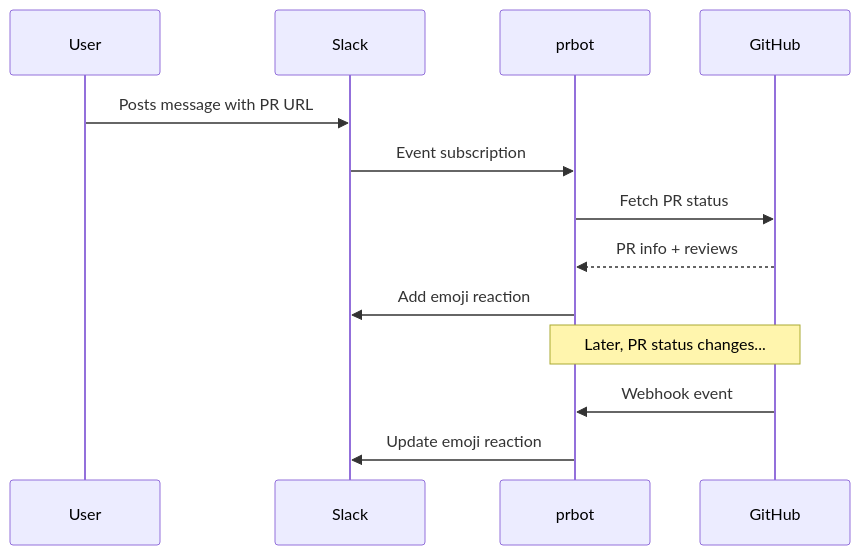
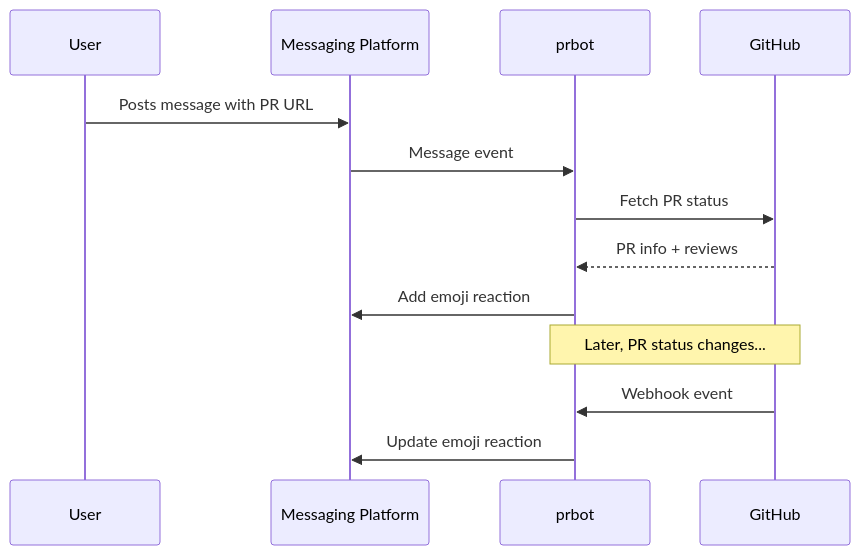
Before and after one commit to Userled-Ryan/Customerbot: the diagram in docs/index.md, drawn with Mermaid. The commit also changed other lines of this file and 5 other files, not shown here.

````diff
--- a/docs/index.md
+++ b/docs/index.md
@@ -7,18 +7,18 @@
 ```mermaid
 sequenceDiagram
     participant User
-    participant Slack
+    participant Chat as Messaging Platform
     participant prbot
     participant GitHub
 
-    User->>Slack: Posts message with PR URL
-    Slack->>prbot: Event subscription
+    User->>Chat: Posts message with PR URL
+    Chat->>prbot: Message event
     prbot->>GitHub: Fetch PR status
     GitHub-->>prbot: PR info + reviews
-    prbot->>Slack: Add emoji reaction
+    prbot->>Chat: Add emoji reaction
 
     Note over GitHub,prbot: Later, PR status changes...
 
     GitHub->>prbot: Webhook event
-    prbot->>Slack: Update emoji reaction
+    prbot->>Chat: Update emoji reaction
 ```
````
